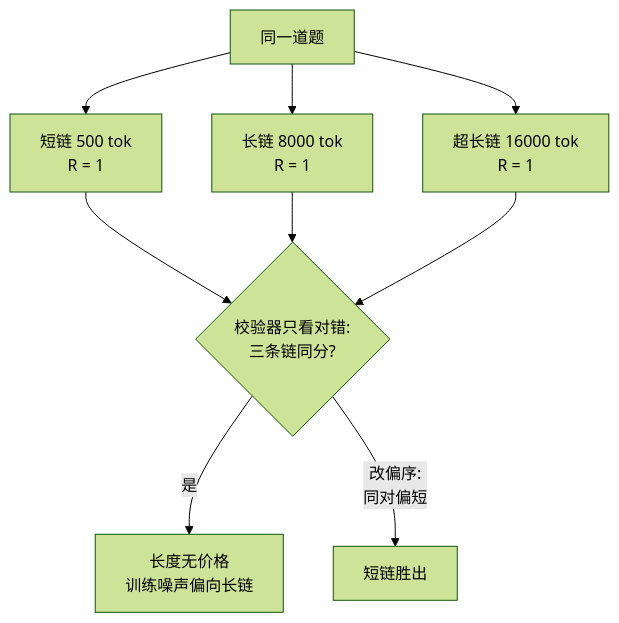
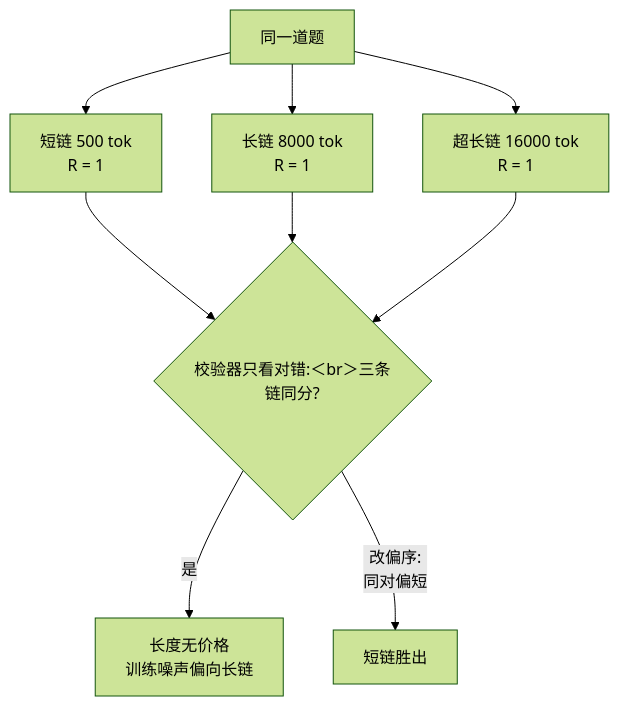
One commit to xhongduo-tech/xhongduo-tech.github.io changed the second of 2 diagrams in docs/llm/overthinking.md. Above: the diagram before and after it, drawn with Mermaid (forest theme). The commit also changed 291 other files, not shown here.

Commit message:
Normalize lesson titles to tree names and repair mermaid arrow/quote syntax site-wide.

````diff
--- a/docs/llm/overthinking.md
+++ b/docs/llm/overthinking.md
@@ -51,11 +51,11 @@
 ```mermaid
 flowchart TD
   Q["同一道题"] --> A["短链 500 tok<br>R = 1"]
   Q --> B["长链 8000 tok<br>R = 1"]
   Q --> C["超长链 16000 tok<br>R = 1"]
-  A --> TIE{"校验器只看对错:<br>三条链同分?"}
+  A --> TIE{"校验器只看对错:＜br＞三条链同分?"}
   B --> TIE
   C --> TIE
   TIE -- "是" --> LEN["长度无价格<br>训练噪声偏向长链"]
   TIE -- "改偏序:<br>同对偏短" --> PICK["短链胜出"]
 ```
````
